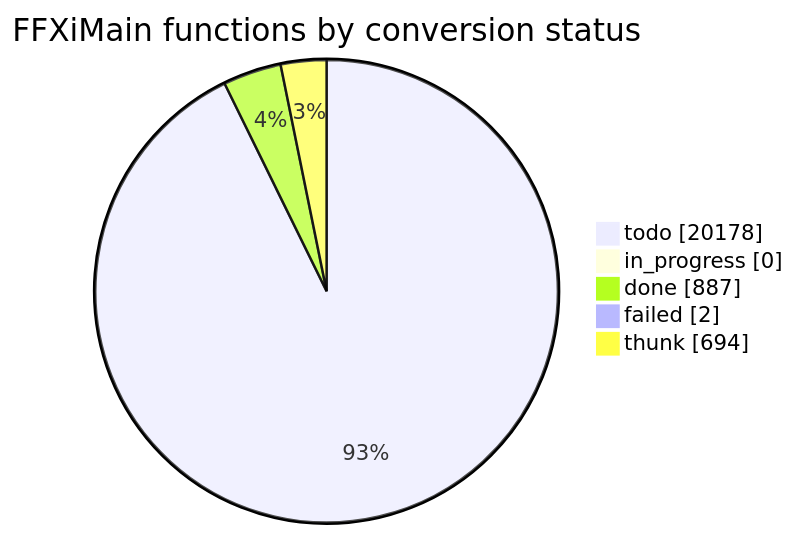
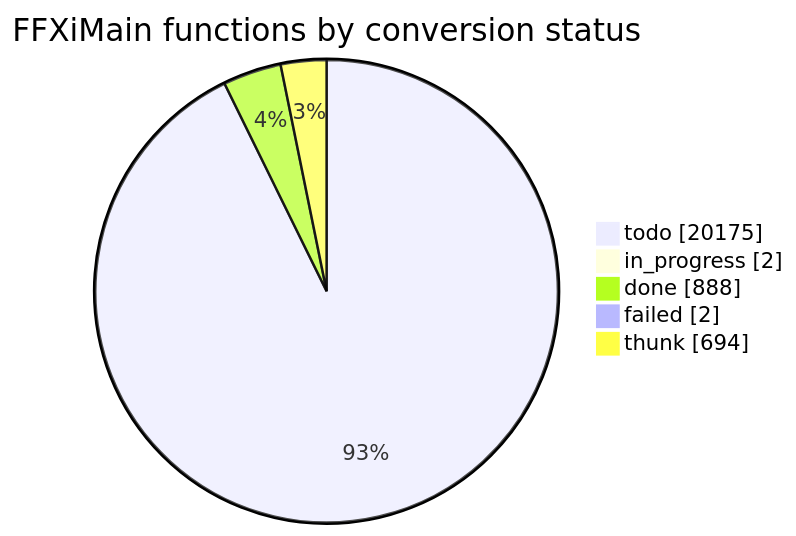
One commit to cowrevenge/cow_kuluu_xi_anything changed the diagram in docs/cow/STATUS.md. Above: the diagram before and after it, drawn with Mermaid. The commit also changed other lines of this file and 9 other files, not shown here.

````diff
--- a/docs/cow/STATUS.md
+++ b/docs/cow/STATUS.md
@@ -18,9 +18,9 @@
 ```mermaid
 pie showData
     title FFXiMain functions by conversion status
-    "todo" : 20178
-    "in_progress" : 0
-    "done" : 887
+    "todo" : 20175
+    "in_progress" : 2
+    "done" : 888
     "failed" : 2
     "thunk" : 694
 ```
````
